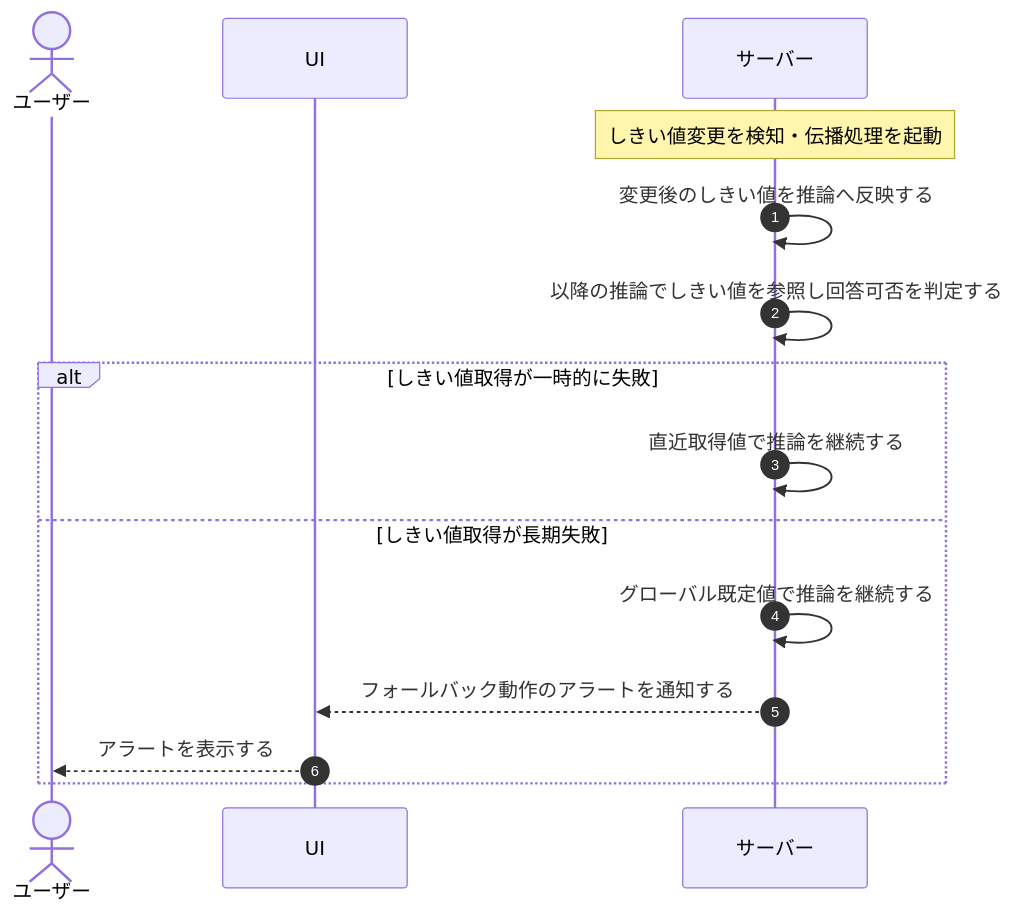
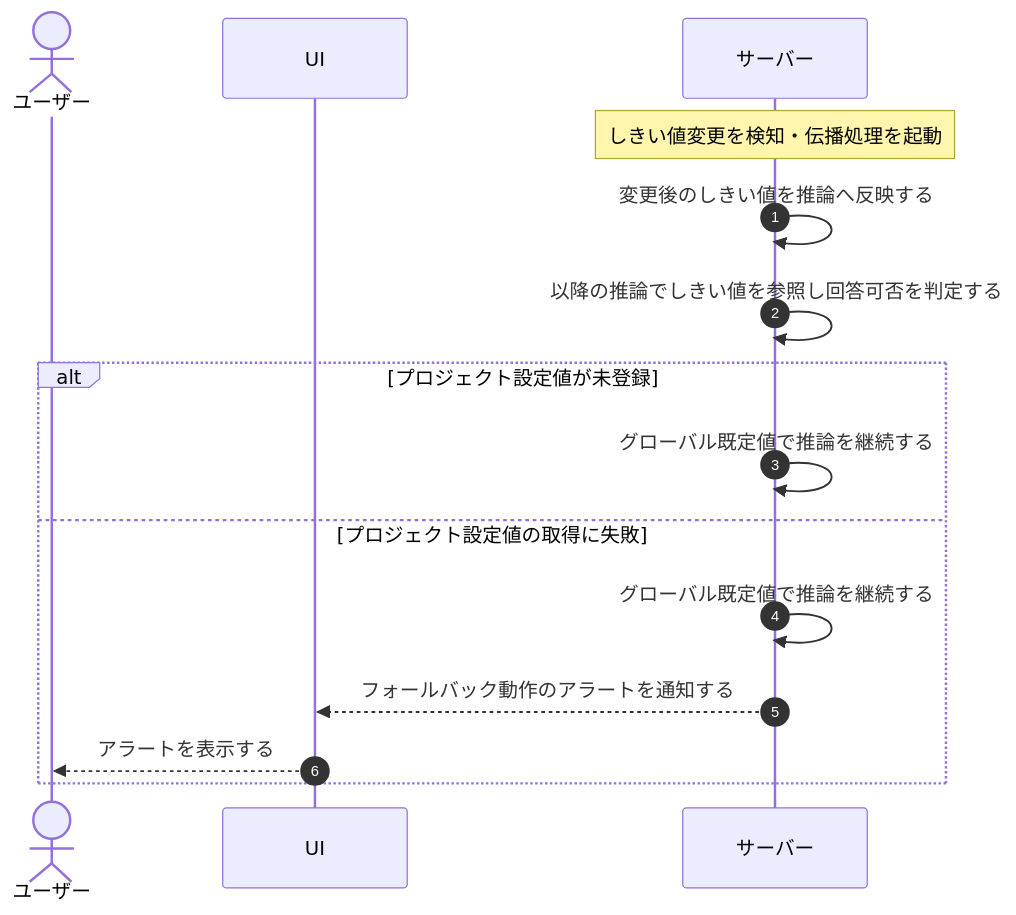
One commit to sikakou54/open-faq changed the diagram in 01_requirements/04_business_usecases/UC-047.md. Above: the diagram before and after it, drawn with Mermaid. The commit also changed other lines of this file and 30 other files, not shown here.

````diff
--- a/01_requirements/04_business_usecases/UC-047.md
+++ b/01_requirements/04_business_usecases/UC-047.md
@@ -27,19 +27,19 @@
 ```mermaid
 sequenceDiagram
   autonumber
   actor U as ユーザー
   participant UI as UI
   participant S as サーバー
 
   Note over S: しきい値変更を検知・伝播処理を起動
   S->>S: 変更後のしきい値を推論へ反映する
   S->>S: 以降の推論でしきい値を参照し回答可否を判定する
 
-  alt しきい値取得が一時的に失敗
-    S->>S: 直近取得値で推論を継続する
-  else しきい値取得が長期失敗
+  alt プロジェクト設定値が未登録
+    S->>S: グローバル既定値で推論を継続する
+  else プロジェクト設定値の取得に失敗
     S->>S: グローバル既定値で推論を継続する
     S-->>UI: フォールバック動作のアラートを通知する
     UI-->>U: アラートを表示する
   end
 ```
````
